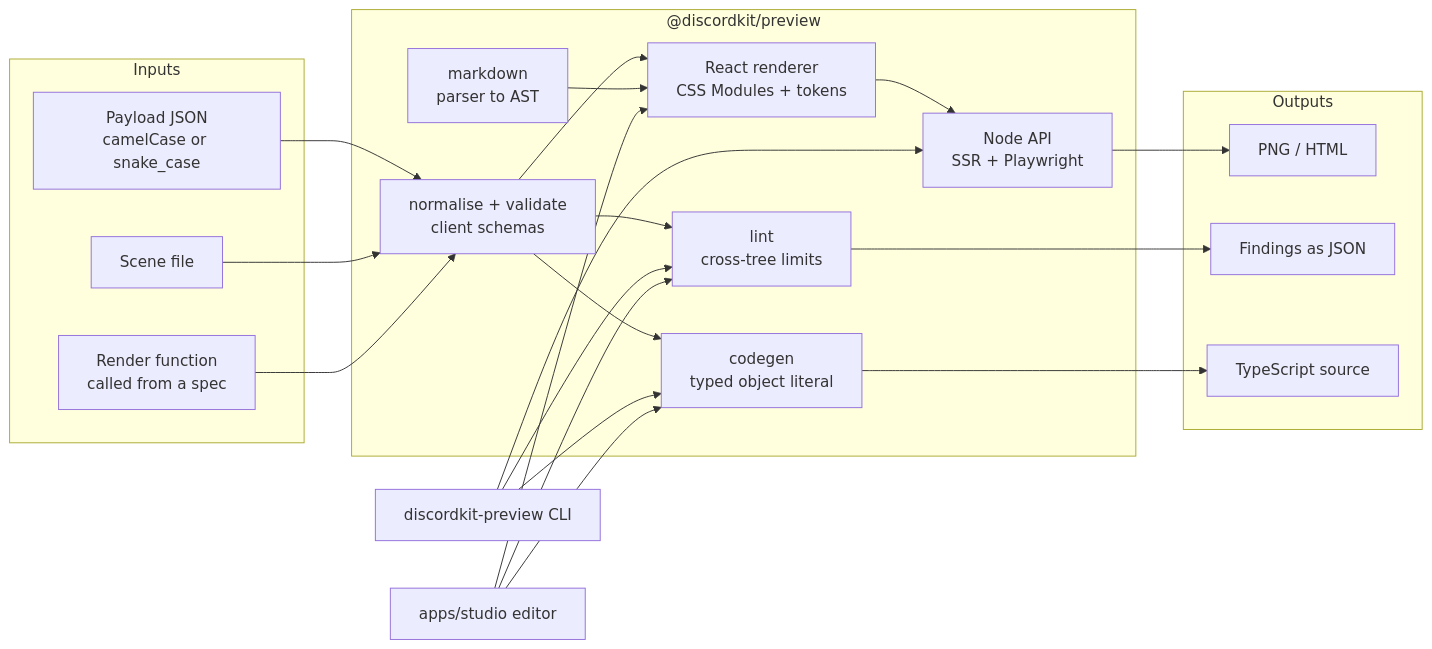
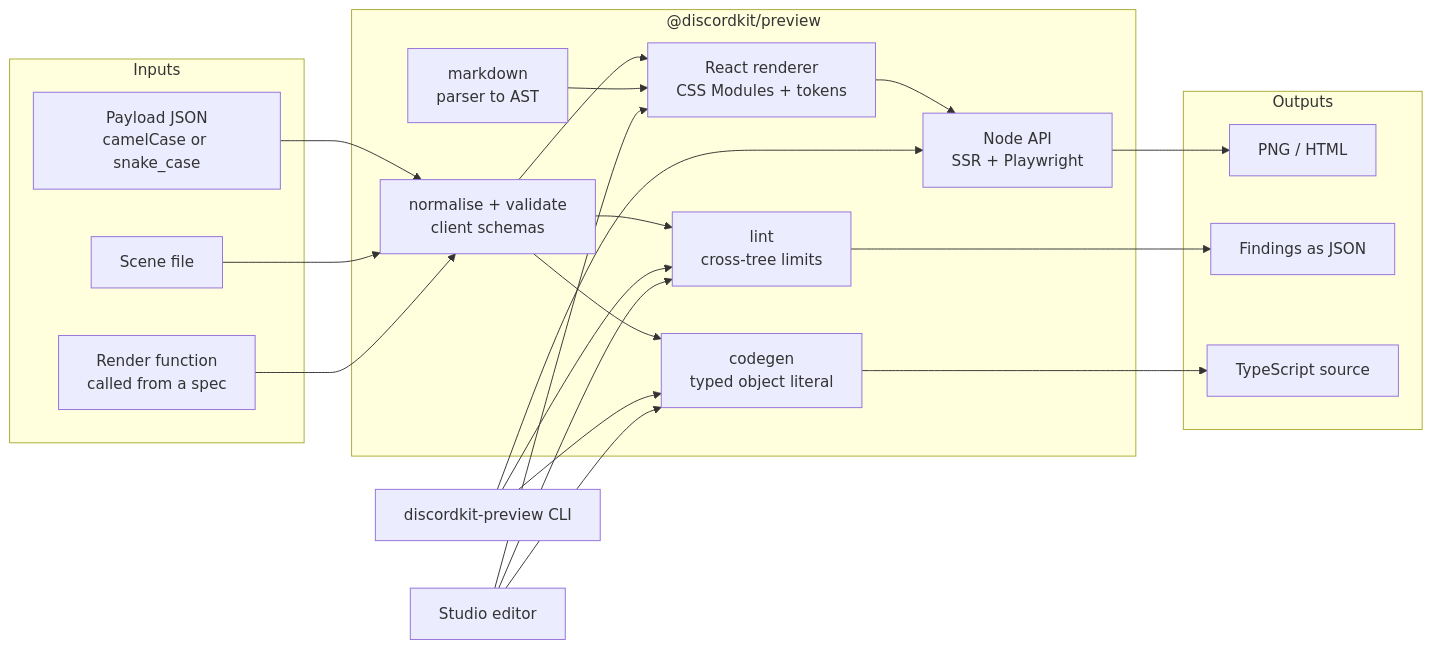
Before and after one commit to discordkit/discordkit: the diagram in docs/message-preview-spec.md, drawn with Mermaid. The commit also changed other lines of this file and 56 other files, not shown here.

````diff
--- a/docs/message-preview-spec.md
+++ b/docs/message-preview-spec.md
@@ -75,39 +75,39 @@
 ```mermaid
 flowchart LR
   subgraph inputs[Inputs]
     P[Payload JSON<br/>camelCase or snake_case]
     S[Scene file]
     F[Render function<br/>called from a spec]
   end
 
   subgraph pkg["@discordkit/preview"]
     N[normalise + validate<br/>client schemas]
     L[lint<br/>cross-tree limits]
     M[markdown<br/>parser to AST]
     R[React renderer<br/>CSS Modules + tokens]
     C[codegen<br/>typed object literal]
     A[Node API<br/>SSR + Playwright]
   end
 
   subgraph out[Outputs]
     PNG[PNG / HTML]
     J[Findings as JSON]
     TS[TypeScript source]
   end
 
   P --> N
   S --> N
   F --> N
   N --> L --> J
   N --> R
   M --> R
   R --> A --> PNG
   N --> C --> TS
 
   CLI[discordkit-preview CLI] --> A
   CLI --> L
   CLI --> C
-  ST[apps/studio editor] --> R
+  ST[Studio editor] --> R
   ST --> L
   ST --> C
 ```
````
